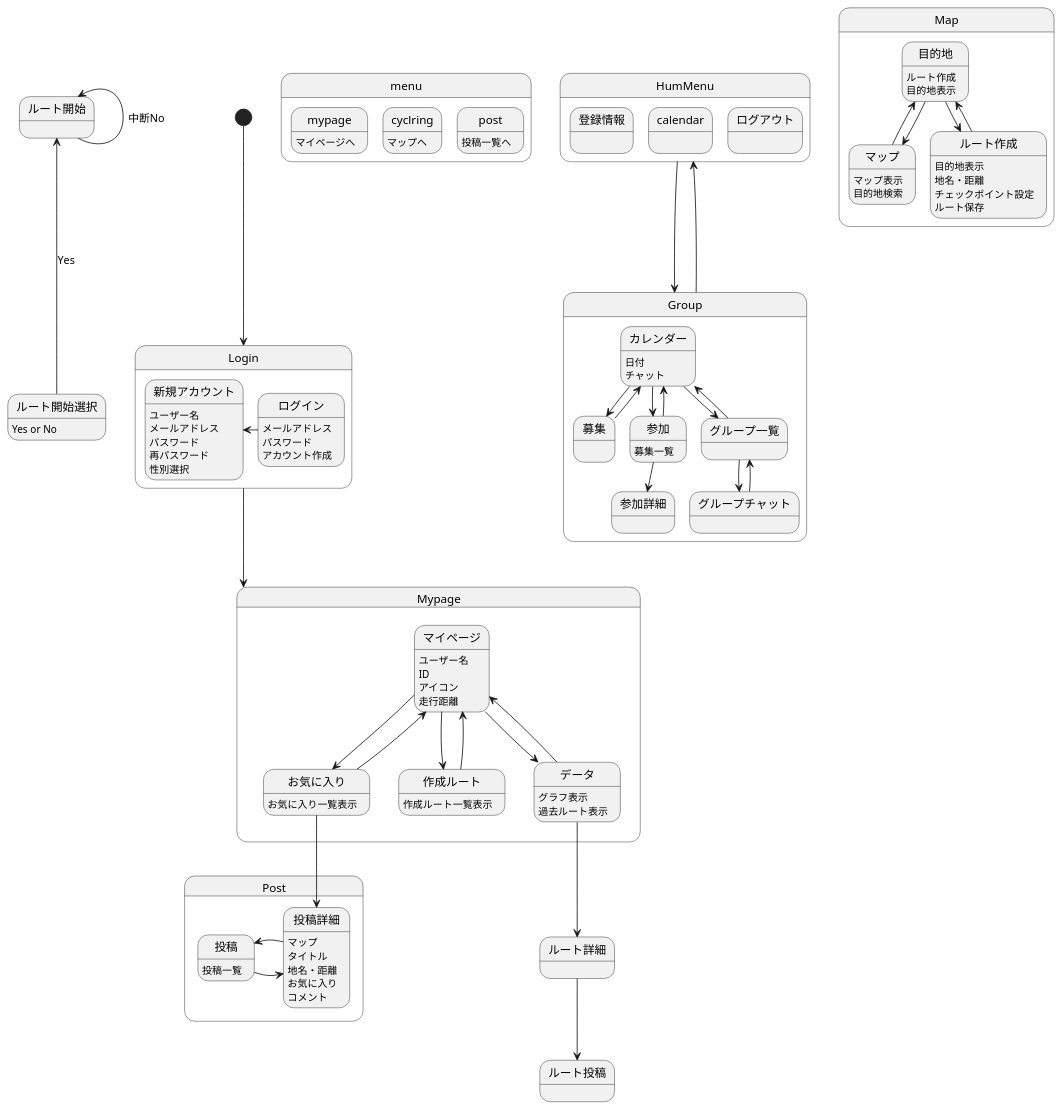
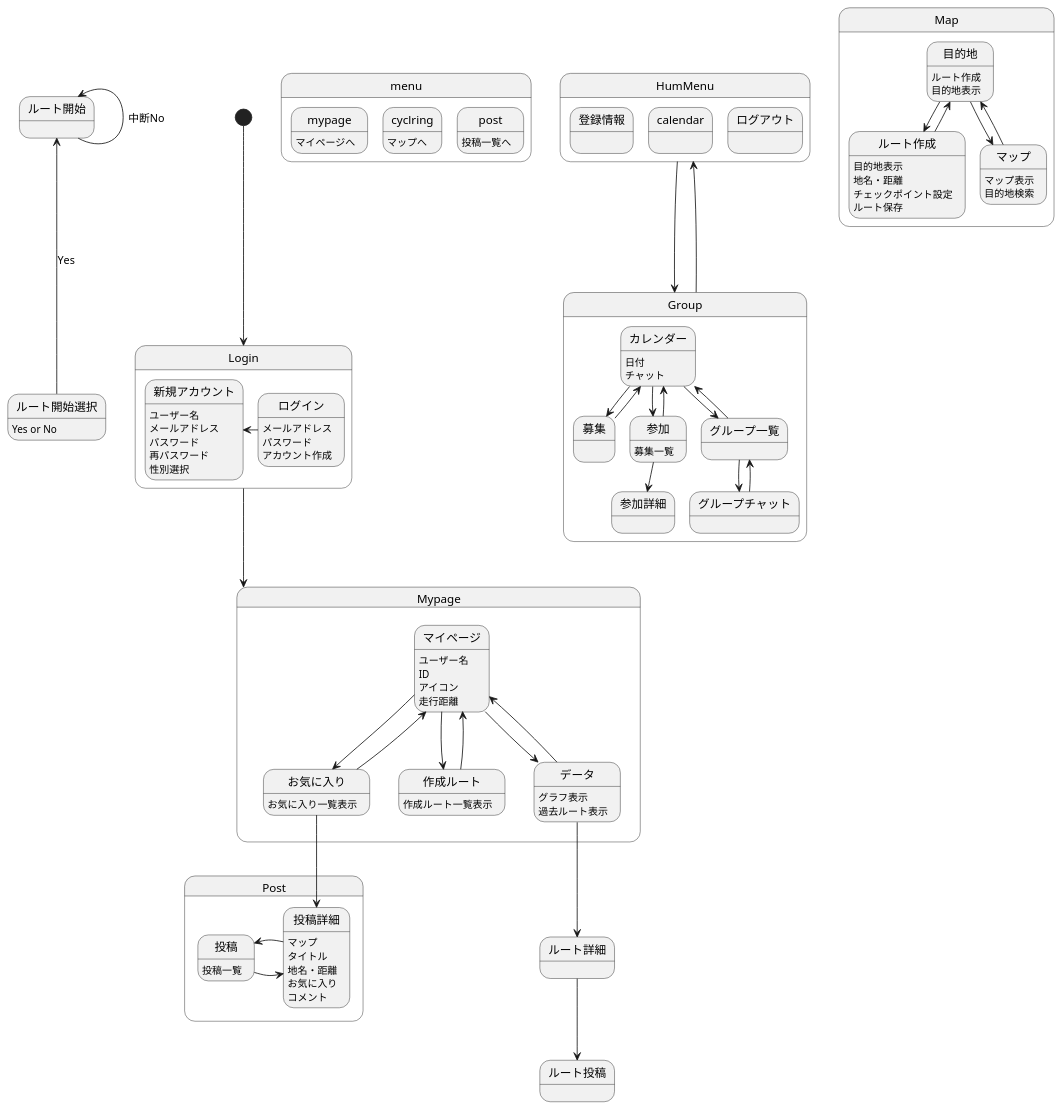
One commit to AsoSD3A3/CyclingSystem changed the diagram in 画面遷移図/gm.md. Above: the diagram before and after it, drawn with PlantUML.

```diff
--- a/画面遷移図/gm.md
+++ b/画面遷移図/gm.md
@@ -71,11 +71,11 @@
 state Map{
 マップ:マップ表示
 マップ:目的地検索
-マップ-left->目的地
+マップ-down->目的地
 目的地-->マップ
 目的地:ルート作成
 目的地:目的地表示
-目的地-down->ルート作成
+目的地-right->ルート作成
 ルート作成-->目的地
 ルート作成:目的地表示
 ルート作成:地名・距離
```
